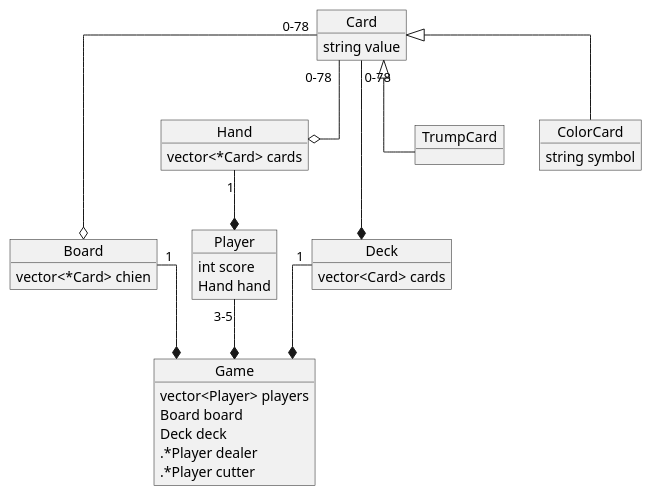
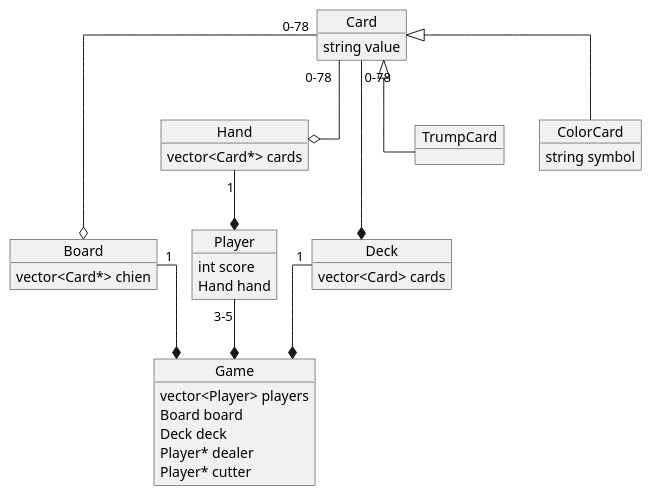
One commit to Alexis-Devillard/french_tarot changed the diagram in UML/design.wsd. Above: the diagram before and after it, drawn with PlantUML. The commit also changed 4 other files, not shown here.

```diff
--- a/UML/design.wsd
+++ b/UML/design.wsd
@@ -1,51 +1,51 @@
 @startuml TarotClassDiag
 
 top to bottom direction
 skinparam linetype ortho
 
 ' ======== Definition classes =========
 object Game
 object Board
 object Player
 object Hand
 object Deck
 object Card
 object TrumpCard
 object ColorCard
 
 ' ======== Definition liaisons =========
 Card "0-78" --* Deck
 Card "0-78" --o Hand
 
 Hand "1" --* Player
 
 Deck "1" --* Game
 Board "1" --* Game
 Player "3-5" --* Game
 
 Card "0-78" --o Board
 
 Card <|-- TrumpCard
 Card <|-- ColorCard
 
 ' ======== Definition attributs =========
 Card : string value
 ColorCard : string symbol
 
 Deck : vector<Card> cards
 
 Player : int score
 Player : Hand hand
 
-Hand : vector<*Card> cards
+Hand : vector<Card*> cards
 
-Board : vector<*Card> chien
+Board : vector<Card*> chien
 
 Game : vector<Player> players
 Game : Board board
 Game : Deck deck
-Game : .*Player dealer
-Game : .*Player cutter
+Game : Player* dealer
+Game : Player* cutter
 
 
 @enduml
```
